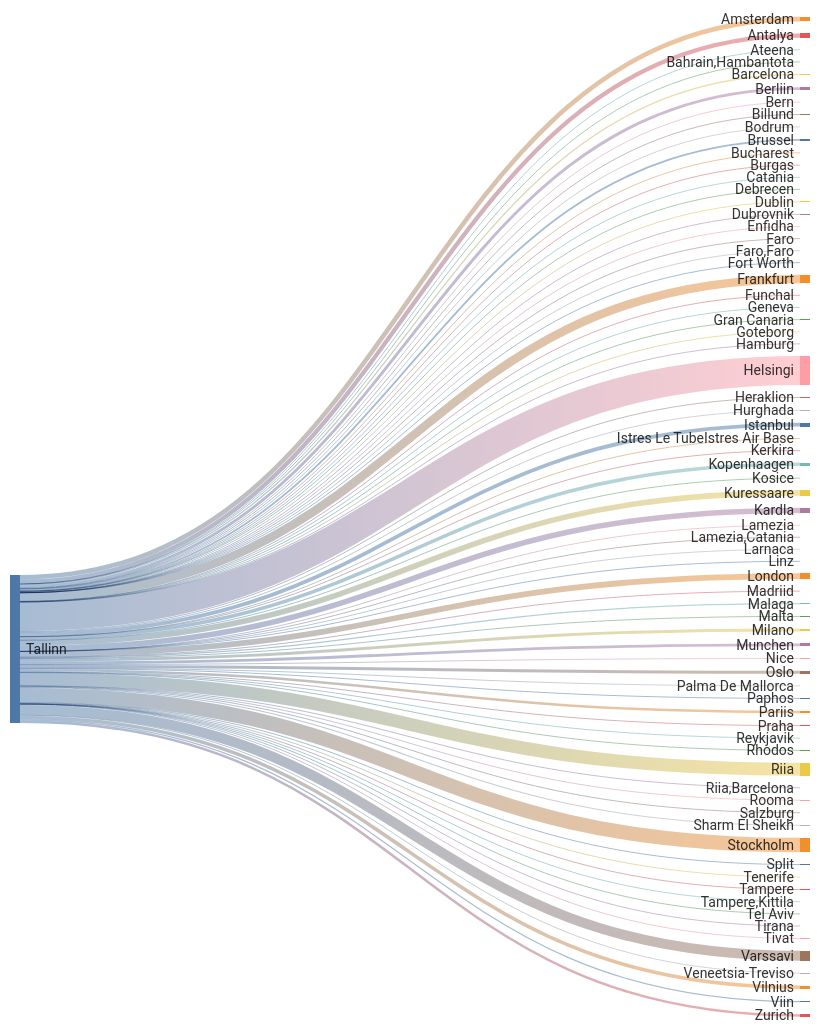
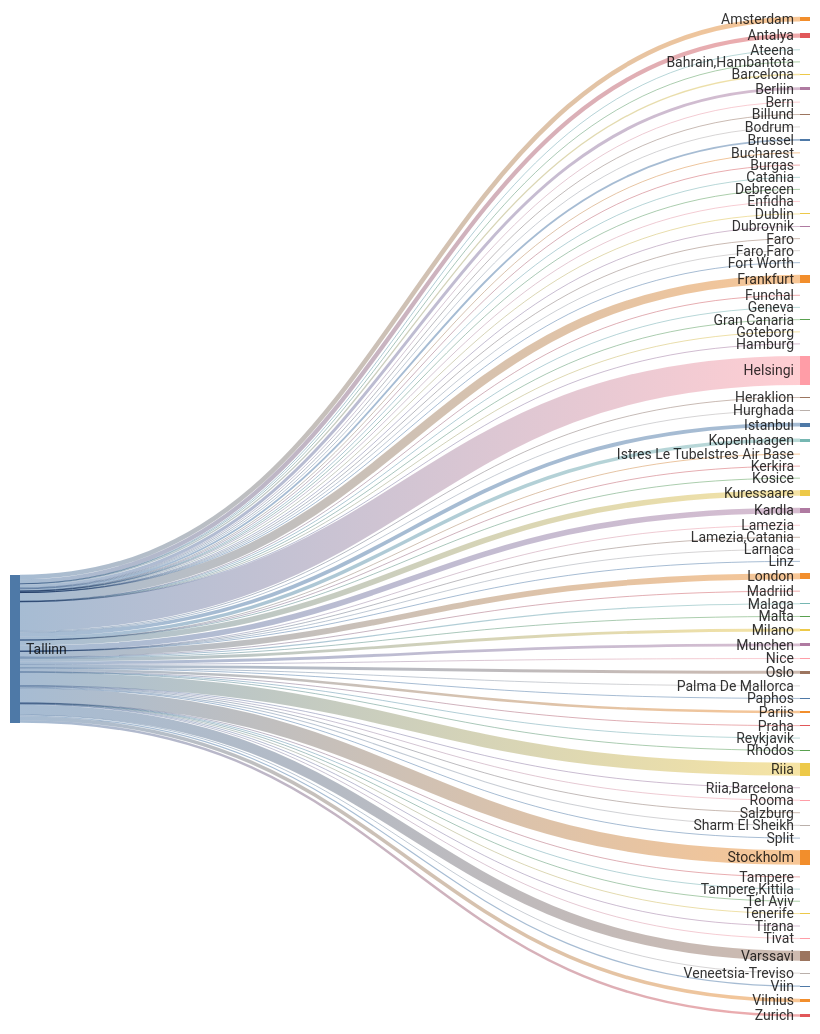
The second of 2 diagrams in README.md (rainermesi/tll-airport-departures), drawn with Mermaid before and after one commit. The commit also changed other lines of this file and 1 other file, not shown here.

````diff
--- a/README.md
+++ b/README.md
@@ -41,16 +41,16 @@
 ---
 sankey-beta
 %% source,target,value
-Tallinn,Amsterdam,415
-Tallinn,Antalya,389
+Tallinn,Amsterdam,417
+Tallinn,Antalya,390
 Tallinn,Ateena,16
 Tallinn,"Bahrain,Hambantota",1
-Tallinn,Barcelona,115
+Tallinn,Barcelona,117
 Tallinn,Berliin,268
 Tallinn,Bern,1
-Tallinn,Billund,67
+Tallinn,Billund,68
 Tallinn,Bodrum,11
-Tallinn,Brussel,168
+Tallinn,Brussel,169
 Tallinn,Bucharest,1
 Tallinn,Burgas,44
 Tallinn,Catania,2
@@ -61,29 +61,29 @@
 Tallinn,Faro,4
 Tallinn,"Faro,Faro",1
 Tallinn,Fort Worth,1
-Tallinn,Frankfurt,777
+Tallinn,Frankfurt,780
 Tallinn,Funchal,5
 Tallinn,Geneva,13
 Tallinn,Gran Canaria,38
 Tallinn,Goteborg,1
 Tallinn,Hamburg,2
-Tallinn,Helsingi,2639
-Tallinn,Heraklion,80
+Tallinn,Helsingi,2650
+Tallinn,Heraklion,81
 Tallinn,Hurghada,75
-Tallinn,Istanbul,347
+Tallinn,Istanbul,348
 Tallinn,Istres Le TubeIstres Air Base,2
 Tallinn,Kerkira,4
-Tallinn,Kopenhaagen,318
+Tallinn,Kopenhaagen,319
 Tallinn,Kosice,1
-Tallinn,Kuressaare,503
-Tallinn,Kardla,503
+Tallinn,Kuressaare,505
+Tallinn,Kardla,505
 Tallinn,Lamezia,1
 Tallinn,"Lamezia,Catania",3
 Tallinn,Larnaca,4
 Tallinn,Linz,2
-Tallinn,London,524
+Tallinn,London,526
 Tallinn,Madriid,1
-Tallinn,Malaga,104
+Tallinn,Malaga,105
 Tallinn,Malta,24
 Tallinn,Milano,262
 Tallinn,Munchen,258
@@ -92,27 +92,27 @@
 Tallinn,Palma De Mallorca,28
 Tallinn,Paphos,66
 Tallinn,Pariis,224
-Tallinn,Praha,71
+Tallinn,Praha,72
 Tallinn,Reykjavik,10
 Tallinn,Rhodos,50
-Tallinn,Riia,1184
+Tallinn,Riia,1189
 Tallinn,"Riia,Barcelona",1
 Tallinn,Rooma,80
 Tallinn,Salzburg,14
 Tallinn,Sharm El Sheikh,98
 Tallinn,Split,43
-Tallinn,Stockholm,1312
+Tallinn,Stockholm,1316
 Tallinn,Tampere,17
 Tallinn,"Tampere,Kittila",21
 Tallinn,Tel Aviv,2
 Tallinn,Tenerife,58
 Tallinn,Tirana,24
 Tallinn,Tivat,52
-Tallinn,Varssavi,910
+Tallinn,Varssavi,913
 Tallinn,Veneetsia-Treviso,67
 Tallinn,Viin,106
-Tallinn,Vilnius,326
-Tallinn,Zurich,229
+Tallinn,Vilnius,327
+Tallinn,Zurich,230
 
 
 ```
````
